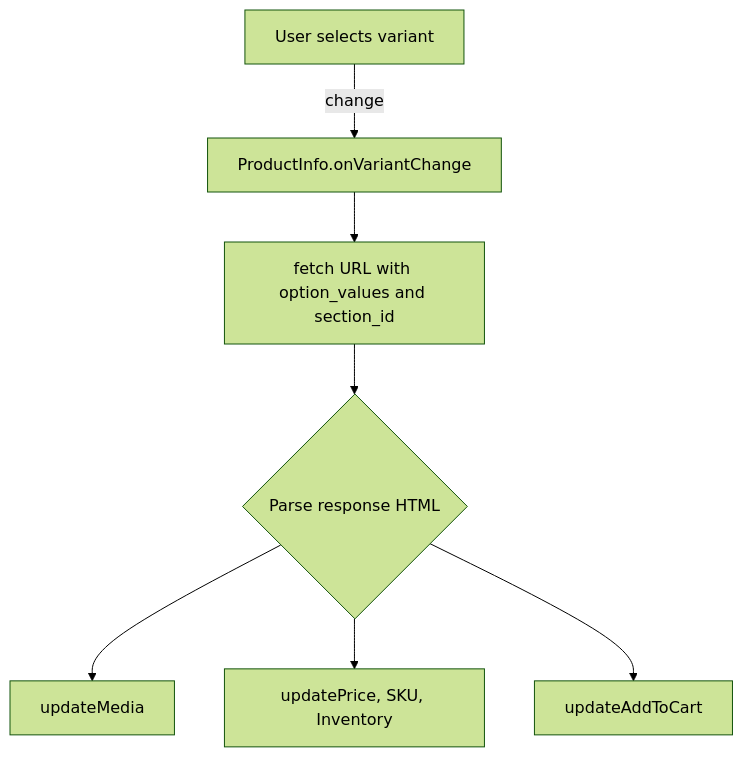
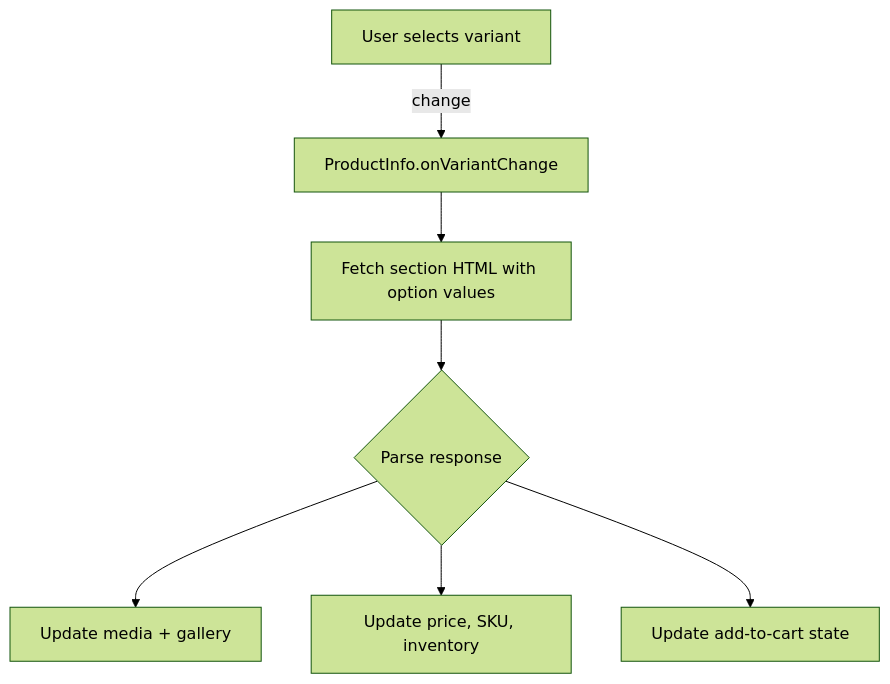
One commit to EcomExperts-io/Base changed the diagram in docs/sections/product.md. Above: the diagram before and after it, drawn with Mermaid (forest theme). The commit also changed other lines of this file and 3 other files, not shown here.

````diff
--- a/docs/sections/product.md
+++ b/docs/sections/product.md
@@ -105,9 +114,9 @@
 ```mermaid
 flowchart TD
   A[User selects variant] -->|change| B[ProductInfo.onVariantChange]
-  B --> C[fetch URL with option_values and section_id]
-  C --> D{Parse response HTML}
-  D --> E[updateMedia]
-  D --> F[updatePrice, SKU, Inventory]
-  D --> G[updateAddToCart]
+  B --> C[Fetch section HTML with option values]
+  C --> D{Parse response}
+  D --> E[Update media + gallery]
+  D --> F[Update price, SKU, inventory]
+  D --> G[Update add-to-cart state]
 ```
````
